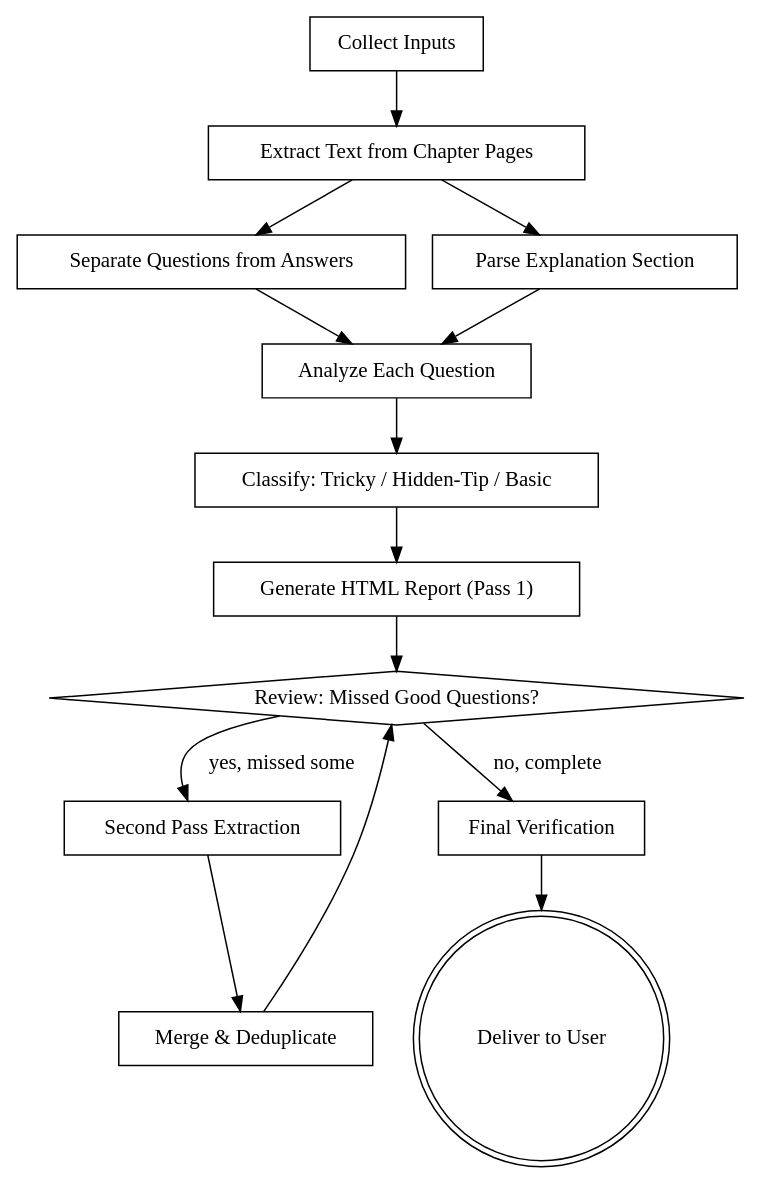
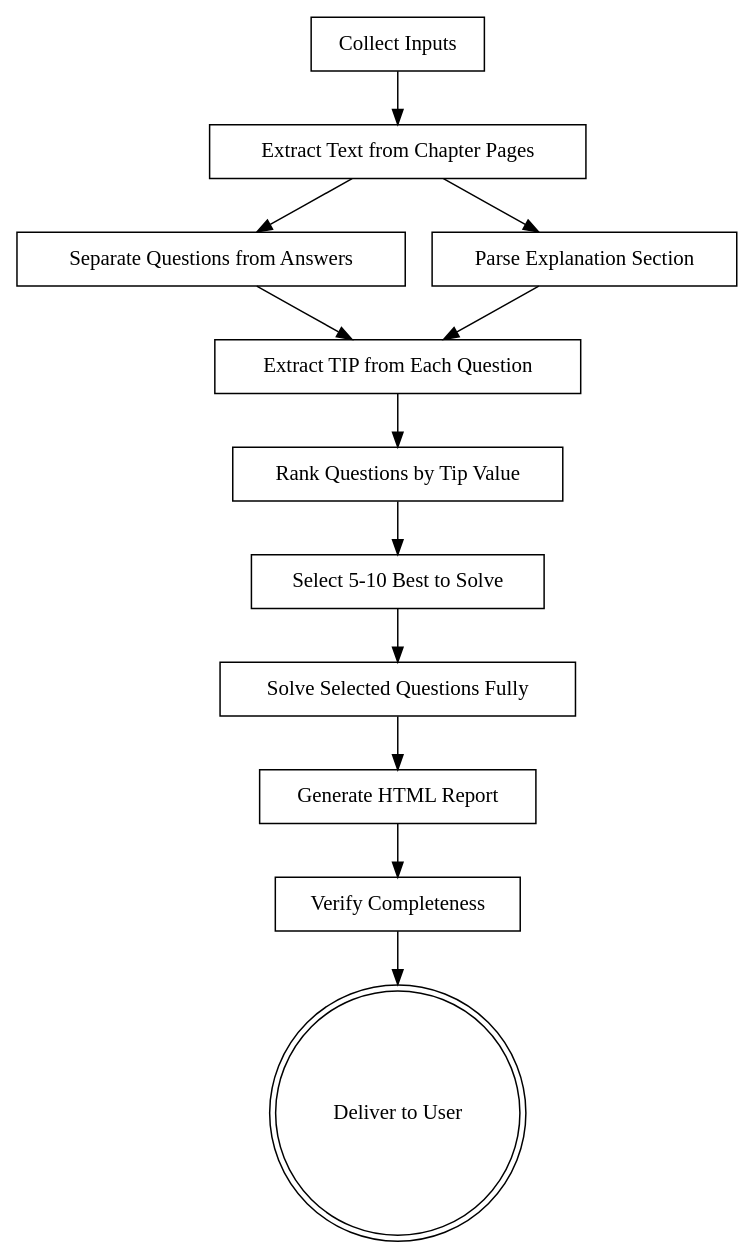
The diagram in .opencode/skills/exam-prep-from-pdf/SKILL.md (alirzaMhd/dars-arshad), drawn with Graphviz before and after one commit. The commit also changed other lines of this file and 2 other files, not shown here.

````diff
--- a/.opencode/skills/exam-prep-from-pdf/SKILL.md
+++ b/.opencode/skills/exam-prep-from-pdf/SKILL.md
@@ -53,30 +50,27 @@
 ```dot
 digraph exam_prep {
     "Collect Inputs" [shape=box];
     "Extract Text from Chapter Pages" [shape=box];
     "Separate Questions from Answers" [shape=box];
     "Parse Explanation Section" [shape=box];
-    "Analyze Each Question" [shape=box];
-    "Classify: Tricky / Hidden-Tip / Basic" [shape=box];
-    "Generate HTML Report (Pass 1)" [shape=box];
-    "Review: Missed Good Questions?" [shape=diamond];
-    "Second Pass Extraction" [shape=box];
-    "Merge & Deduplicate" [shape=box];
-    "Final Verification" [shape=box];
+    "Extract TIP from Each Question" [shape=box];
+    "Rank Questions by Tip Value" [shape=box];
+    "Select 5-10 Best to Solve" [shape=box];
+    "Solve Selected Questions Fully" [shape=box];
+    "Generate HTML Report" [shape=box];
+    "Verify Completeness" [shape=box];
     "Deliver to User" [shape=doublecircle];
 
     "Collect Inputs" -> "Extract Text from Chapter Pages";
     "Extract Text from Chapter Pages" -> "Separate Questions from Answers";
     "Extract Text from Chapter Pages" -> "Parse Explanation Section";
-    "Separate Questions from Answers" -> "Analyze Each Question";
-    "Parse Explanation Section" -> "Analyze Each Question";
-    "Analyze Each Question" -> "Classify: Tricky / Hidden-Tip / Basic";
-    "Classify: Tricky / Hidden-Tip / Basic" -> "Generate HTML Report (Pass 1)";
-    "Generate HTML Report (Pass 1)" -> "Review: Missed Good Questions?";
-    "Review: Missed Good Questions?" -> "Second Pass Extraction" [label="yes, missed some"];
-    "Review: Missed Good Questions?" -> "Final Verification" [label="no, complete"];
-    "Second Pass Extraction" -> "Merge & Deduplicate";
-    "Merge & Deduplicate" -> "Review: Missed Good Questions?";
-    "Final Verification" -> "Deliver to User";
+    "Separate Questions from Answers" -> "Extract TIP from Each Question";
+    "Parse Explanation Section" -> "Extract TIP from Each Question";
+    "Extract TIP from Each Question" -> "Rank Questions by Tip Value";
+    "Rank Questions by Tip Value" -> "Select 5-10 Best to Solve";
+    "Select 5-10 Best to Solve" -> "Solve Selected Questions Fully";
+    "Solve Selected Questions Fully" -> "Generate HTML Report";
+    "Generate HTML Report" -> "Verify Completeness";
+    "Verify Completeness" -> "Deliver to User";
 }
 ```
````
